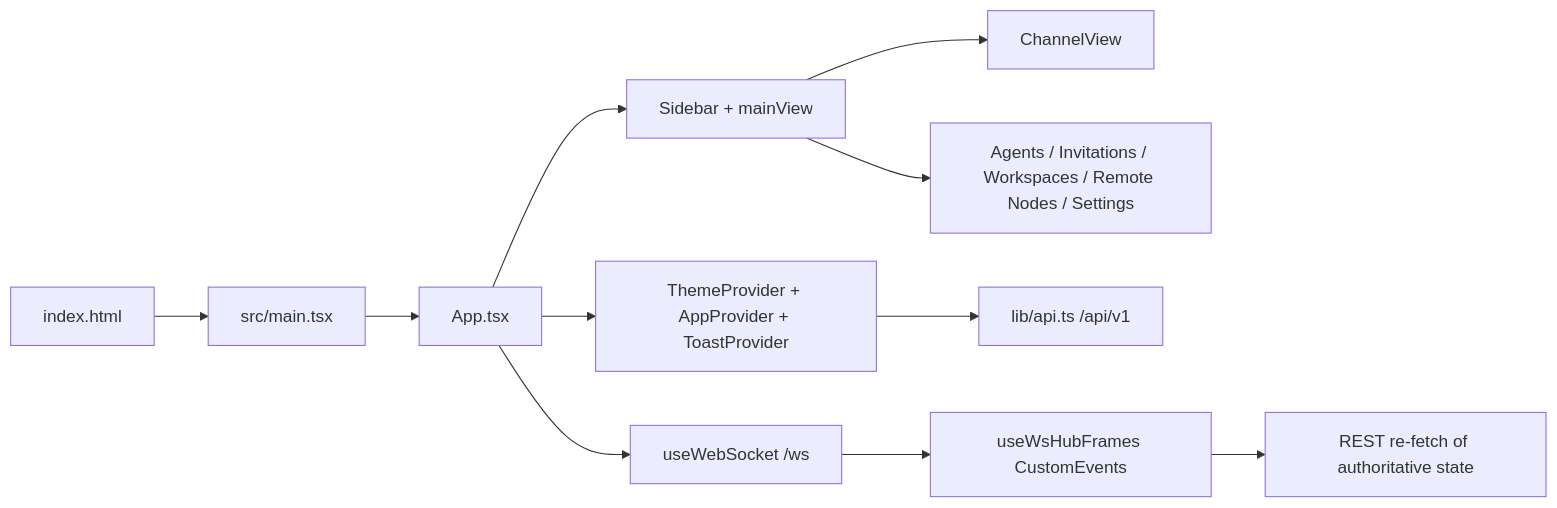
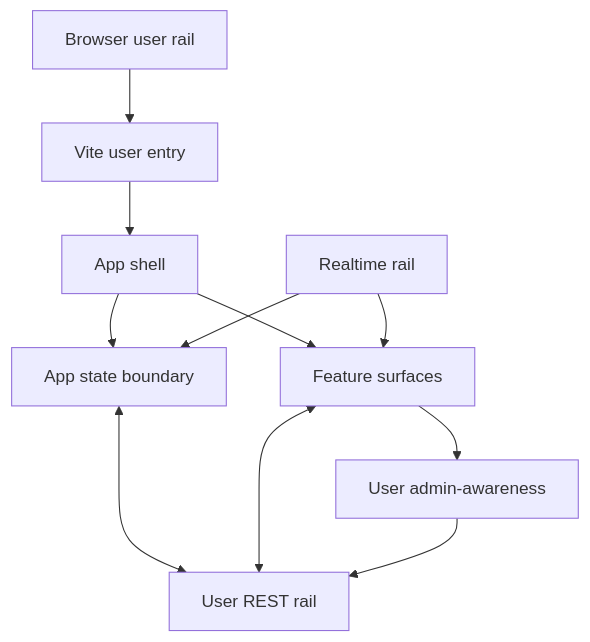
The diagram in docs/current/client/README.md (codetreker/borgee), drawn with Mermaid before and after one commit. The commit also changed other lines of this file and 7 other files, not shown here.

Commit message:
docs: refine client architecture narrative

````diff
--- a/docs/current/client/README.md
+++ b/docs/current/client/README.md
@@ -7,13 +7,21 @@
 ```mermaid
-flowchart LR
-  index[index.html] --> main[src/main.tsx]
-  main --> App[App.tsx]
-  App --> Providers[ThemeProvider + AppProvider + ToastProvider]
-  App --> Shell[Sidebar + mainView]
-  Shell --> Channel[ChannelView]
-  Shell --> Sidepanes[Agents / Invitations / Workspaces / Remote Nodes / Settings]
-  Providers --> API[lib/api.ts /api/v1]
-  App --> WS[useWebSocket /ws]
-  WS --> Signals[useWsHubFrames CustomEvents]
-  Signals --> Pull[REST re-fetch of authoritative state]
+flowchart TB
+  Browser[Browser user rail]
+  Entry[Vite user entry]
+  Shell[App shell]
+  State[App state boundary]
+  REST[User REST rail]
+  WS[Realtime rail]
+  Surfaces[Feature surfaces]
+  AdminAware[User admin-awareness]
+
+  Browser --> Entry --> Shell
+  Shell --> State
+  Shell --> Surfaces
+  State <--> REST
+  Surfaces <--> REST
+  WS --> State
+  WS --> Surfaces
+  Surfaces --> AdminAware
+  AdminAware --> REST
 ```
````
